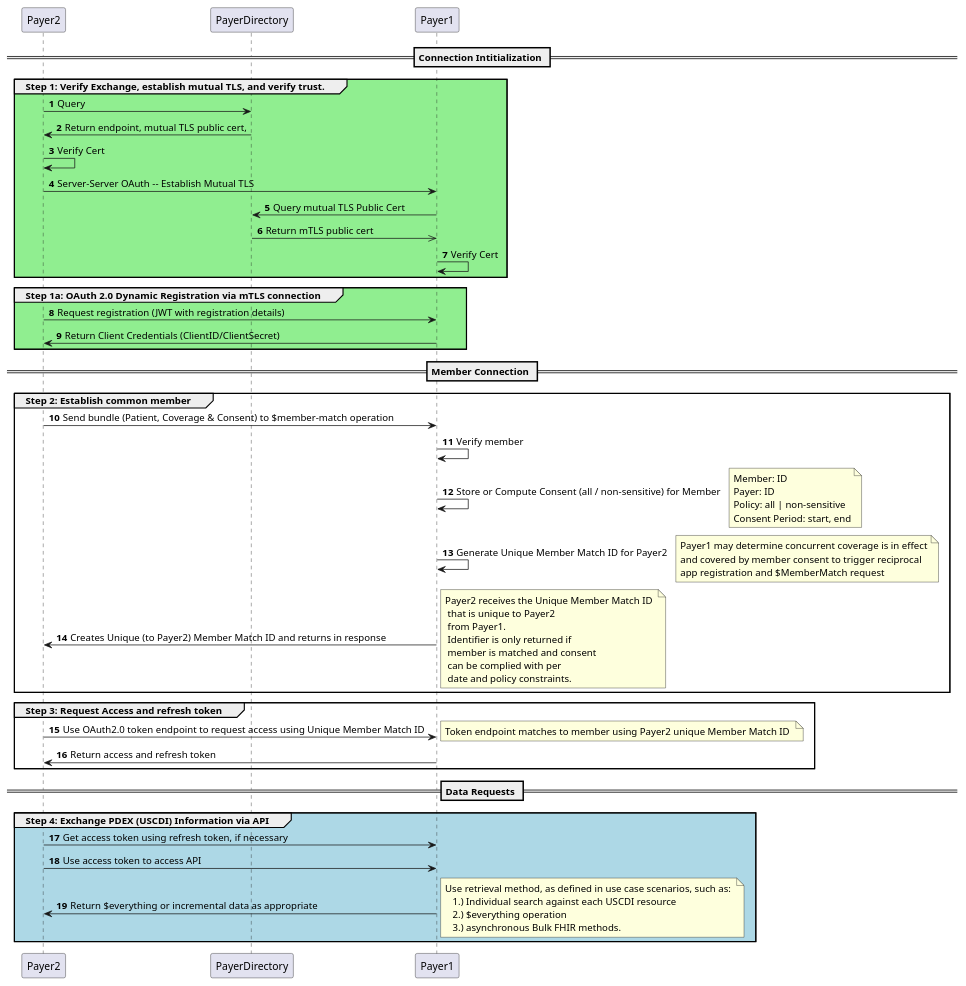
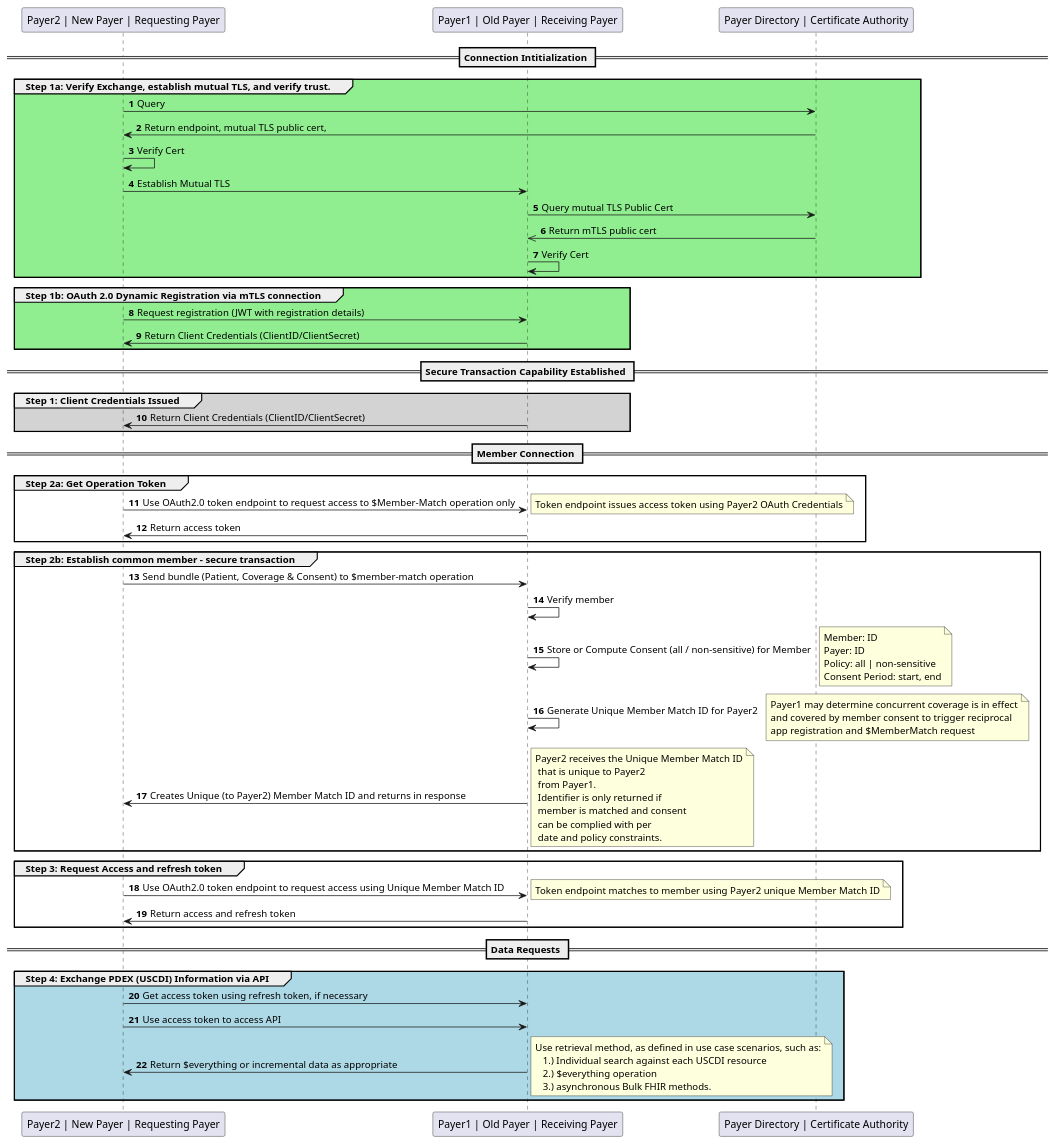
The diagram in input/images-source/authorization-consent.plantuml (HL7/davinci-epdx), drawn with PlantUML before and after one commit. The commit also changed 5 other files, not shown here.

Commit message:
fix plantuml diagram

```diff
--- a/input/images-source/authorization-consent.plantuml
+++ b/input/images-source/authorization-consent.plantuml
@@ -1,67 +1,83 @@
 @startuml
+skinparam svgDimensionStyle false
 autonumber
+participant "Payer2 | New Payer | Requesting Payer" as Payer2
+participant "Payer1 | Old Payer | Receiving Payer" as Payer1
+participant "Payer Directory | Certificate Authority" as PayerDirectory
 == Connection Intitialization ==
-group #LightGreen Step 1: Verify Exchange, establish mutual TLS, and verify trust.
+group #LightGreen Step 1a: Verify Exchange, establish mutual TLS, and verify trust.
 	Payer2 -> PayerDirectory : Query
-	PayerDirectory -> Payer2 : Return endpoint, mutual TLS public cert, 
+	PayerDirectory -> Payer2 : Return endpoint, mutual TLS public cert,
 	Payer2 -> Payer2 : Verify Cert
-	Payer2 -> Payer1 : Server-Server OAuth -- Establish Mutual TLS
+	Payer2 -> Payer1 : Establish Mutual TLS
 	Payer1 -> PayerDirectory : Query mutual TLS Public Cert
 	PayerDirectory ->> Payer1 : Return mTLS public cert
 	Payer1 -> Payer1 : Verify Cert
 end
-group #lightGreen Step 1a: OAuth 2.0 Dynamic Registration via mTLS connection
+group #lightGreen Step 1b: OAuth 2.0 Dynamic Registration via mTLS connection
 	Payer2 -> Payer1 : Request registration (JWT with registration details)
   Payer1 -> Payer2 : Return Client Credentials (ClientID/ClientSecret)
 end
+== Secure Transaction Capability Established ==
+group #lightGrey Step 1: Client Credentials Issued
+	Payer1 -> Payer2 : Return Client Credentials (ClientID/ClientSecret)
+end
+
 == Member Connection ==
-group Step 2: Establish common member
+group Step 2a: Get Operation Token
+	Payer2 -> Payer1 : Use OAuth2.0 token endpoint to request access to $Member-Match operation only
+  note right
+  	Token endpoint issues access token using Payer2 OAuth Credentials
+  endnote
+  Payer1 -> Payer2 : Return access token
+end
+group Step 2b: Establish common member - secure transaction
 	Payer2 -> Payer1 : Send bundle (Patient, Coverage & Consent) to $member-match operation
 	Payer1 -> Payer1 : Verify member
   Payer1 -> Payer1 : Store or Compute Consent (all / non-sensitive) for Member
   note right
   Member: ID
   Payer: ID
   Policy: all | non-sensitive
   Consent Period: start, end
   endnote
 
 	Payer1 -> Payer1 : Generate Unique Member Match ID for Payer2
   note right
     Payer1 may determine concurrent coverage is in effect
     and covered by member consent to trigger reciprocal
     app registration and $MemberMatch request
   endnote
 
   Payer1 -> Payer2 : Creates Unique (to Payer2) Member Match ID and returns in response
   note right
-  	Payer2 receives the Unique Member Match ID 
-    that is unique to Payer2 
-    from Payer1.  
+  	Payer2 receives the Unique Member Match ID
+    that is unique to Payer2
+    from Payer1.
     Identifier is only returned if
     member is matched and consent
-    can be complied with per 
+    can be complied with per
     date and policy constraints.
   endnote
 end
 
 group Step 3: Request Access and refresh token
 	Payer2 -> Payer1 : Use OAuth2.0 token endpoint to request access using Unique Member Match ID
-  note right 
-  	Token endpoint matches to member using Payer2 unique Member Match ID 
+  note right
+  	Token endpoint matches to member using Payer2 unique Member Match ID
   endnote
   Payer1 -> Payer2 : Return access and refresh token
 end
 == Data Requests ==
 group #LightBlue Step 4: Exchange PDEX (USCDI) Information via API
 	Payer2 -> Payer1 : Get access token using refresh token, if necessary
   Payer2 -> Payer1 : Use access token to access API
 	Payer1 -> Payer2 : Return $everything or incremental data as appropriate
   note right
-  	Use retrieval method, as defined in use case scenarios, such as: 
+  	Use retrieval method, as defined in use case scenarios, such as:
       1.) Individual search against each USCDI resource
       2.) $everything operation
-      3.) asynchronous Bulk FHIR methods. 
+      3.) asynchronous Bulk FHIR methods.
   endnote
 end
 @enduml
```
